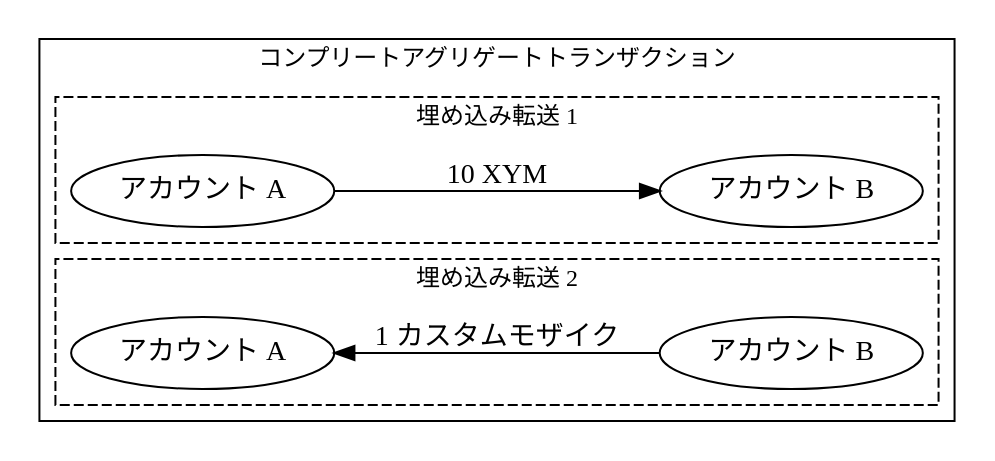
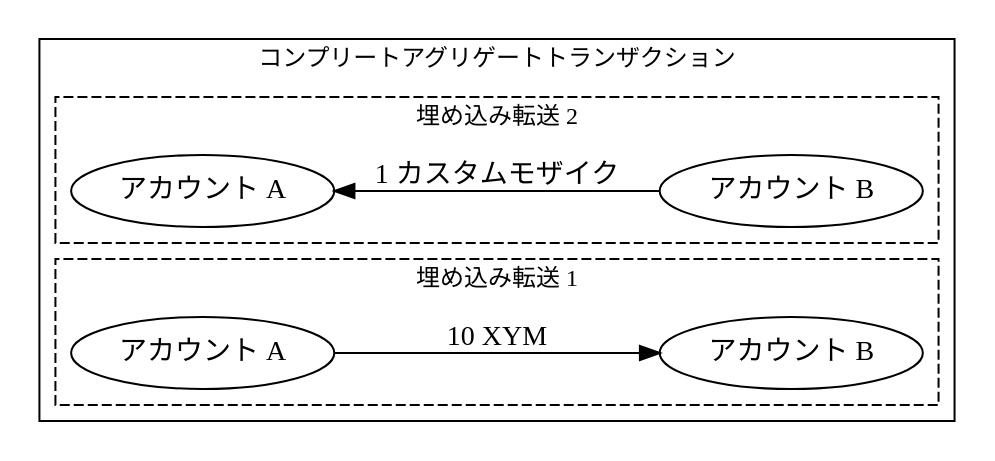
The diagram in mkdocs/pages/ja/devbook/transactions/complete-aggregate.md (symbol/symbol), drawn with Graphviz before and after one commit. The commit also changed other lines of this file and 9 other files, not shown here.

First line of the commit message:
[mkdocs] fix: proper order of graph clusters

````diff
--- a/mkdocs/pages/ja/devbook/transactions/complete-aggregate.md
+++ b/mkdocs/pages/ja/devbook/transactions/complete-aggregate.md
@@ -12,26 +12,26 @@
 ```dot
 digraph {
     rankdir="LR";
     fontsize=12;
     subgraph clusterAggregate {
         label = "コンプリートアグリゲートトランザクション";
         tooltip = "コンプリートアグリゲートトランザクション";
+        subgraph clusterT2 {
+            label = "埋め込み転送 2";
+            tooltip = "埋め込み転送 2";
+            style = dashed;
+            A1 [label="アカウント A" tooltip="アカウント A"];
+            B1 [label="アカウント B" tooltip="アカウント B"];
+            A1 -> B1 [label="1 カスタムモザイク" dir=back];
+        }
         subgraph clusterT1 {
             label = "埋め込み転送 1";
             tooltip = "埋め込み転送 1";
             style = dashed;
             A2 [label="アカウント A" tooltip="アカウント A"];
             B2 [label="アカウント B" tooltip="アカウント B"];
             A2 -> B2 [label="10 XYM"];
         }
-        subgraph clusterT2 {
-            label = "埋め込み転送 2";
-            tooltip = "埋め込み転送 2";
-            style = dashed;
-            A1 [label="アカウント A" tooltip="アカウント A"];
-            B1 [label="アカウント B" tooltip="アカウント B"];
-            A1 -> B1 [label="1 カスタムモザイク" dir=back];
-        }
     }
 }
 ```
````
